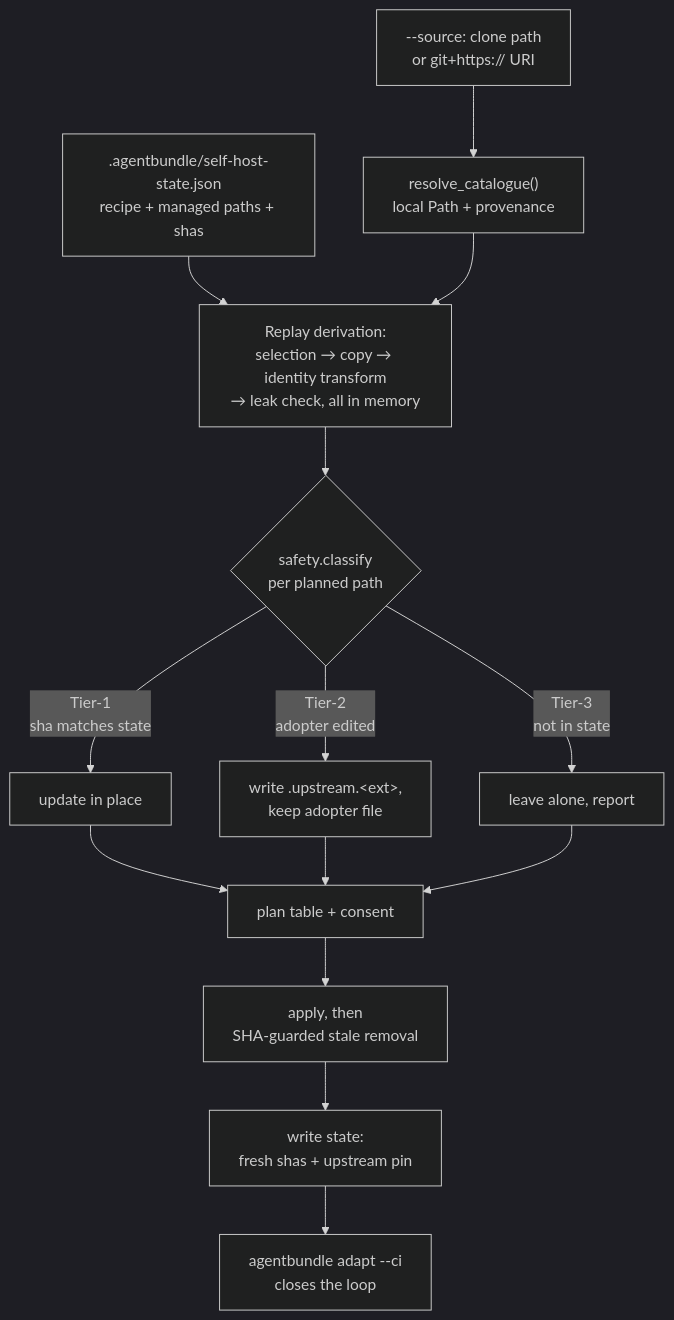
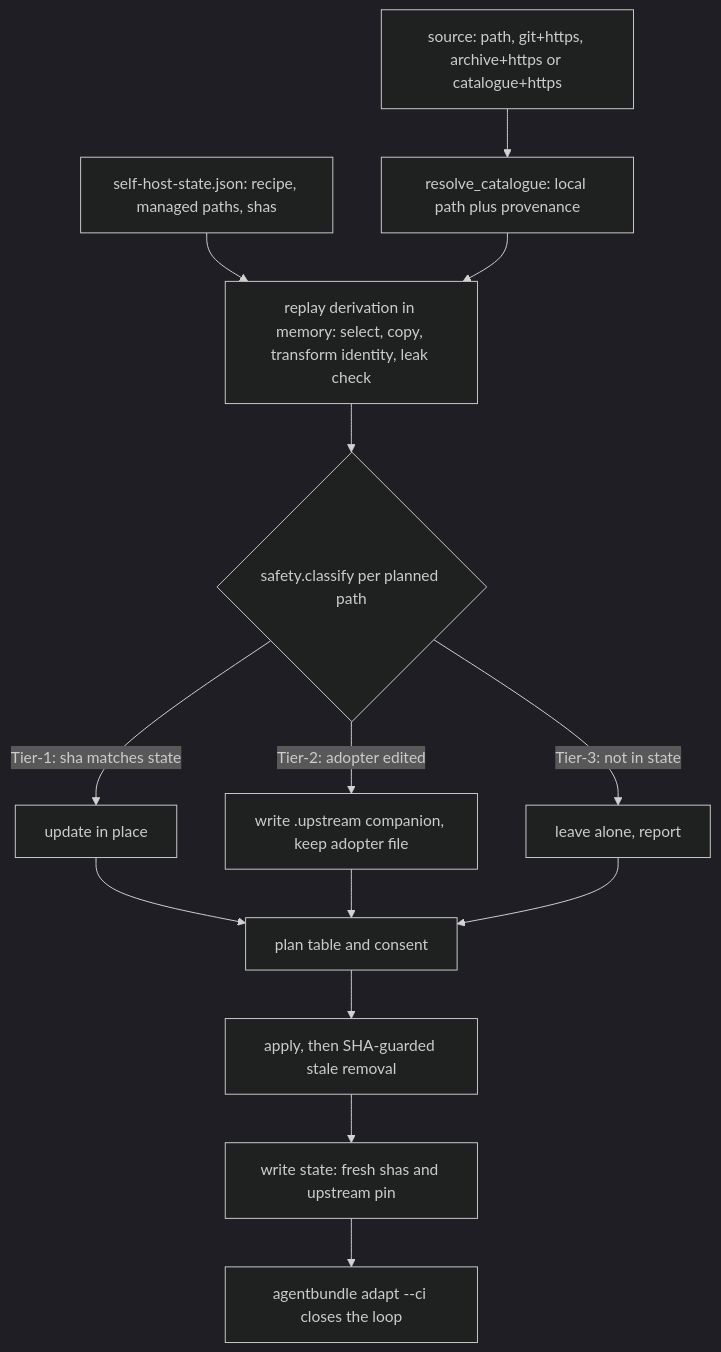
The diagram in docs/architecture/catalogue/upstream-sync.md (eugenelim/agent-ready-repo), drawn with Mermaid (dark theme) before and after one commit. The commit also changed other lines of this file and 157 other files, not shown here.

First line of the commit message:
docs(architecture): rewrite current-state pages by subsystem and reconcile open intents with the code

````diff
--- a/docs/architecture/catalogue/upstream-sync.md
+++ b/docs/architecture/catalogue/upstream-sync.md
@@ -29,16 +43,16 @@
 ```mermaid
 flowchart TD
-    A["--source: clone path<br/>or git+https:// URI"] --> B["resolve_catalogue()<br/>local Path + provenance"]
-    S[".agentbundle/self-host-state.json<br/>recipe + managed paths + shas"] --> C
-    B --> C["Replay derivation:<br/>selection → copy → identity transform<br/>→ leak check, all in memory"]
-    C --> D{"safety.classify<br/>per planned path"}
-    D -->|"Tier-1<br/>sha matches state"| E["update in place"]
-    D -->|"Tier-2<br/>adopter edited"| F["write .upstream.&lt;ext&gt;,<br/>keep adopter file"]
-    D -->|"Tier-3<br/>not in state"| G["leave alone, report"]
-    E --> H["plan table + consent"]
+    A["source: path, git+https, archive+https or catalogue+https"] --> B["resolve_catalogue: local path plus provenance"]
+    S["self-host-state.json: recipe, managed paths, shas"] --> C
+    B --> C["replay derivation in memory: select, copy, transform identity, leak check"]
+    C --> D{"safety.classify per planned path"}
+    D -->|"Tier-1: sha matches state"| E["update in place"]
+    D -->|"Tier-2: adopter edited"| F["write .upstream companion, keep adopter file"]
+    D -->|"Tier-3: not in state"| G["leave alone, report"]
+    E --> H["plan table and consent"]
     F --> H
     G --> H
-    H --> I["apply, then<br/>SHA-guarded stale removal"]
-    I --> J["write state:<br/>fresh shas + upstream pin"]
-    J --> K["agentbundle adapt --ci<br/>closes the loop"]
+    H --> I["apply, then SHA-guarded stale removal"]
+    I --> J["write state: fresh shas and upstream pin"]
+    J --> K["agentbundle adapt --ci closes the loop"]
 ```
````
